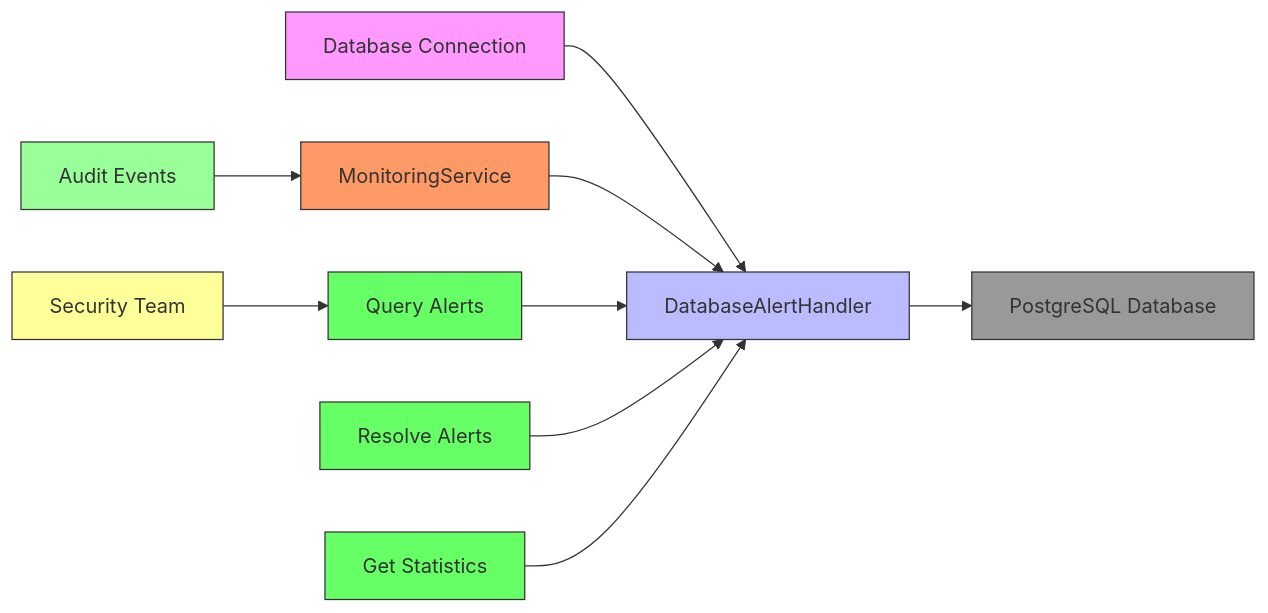
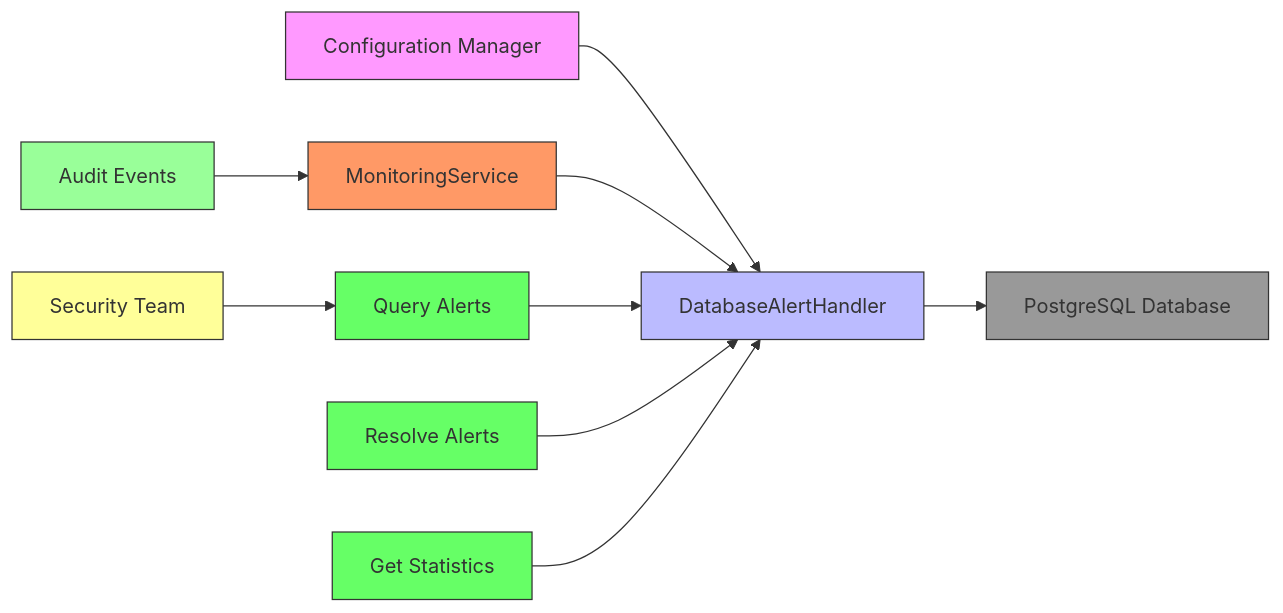
One commit to smedrec/smart-logs changed the fifth of 5 diagrams in .qoder/repowiki/en/content/Audit Core System/Security/Database Security Alerting.md. Above: the diagram before and after it, drawn with Mermaid. The commit also changed other lines of this file and 14 other files, not shown here.

````diff
--- a/.qoder/repowiki/en/content/Audit Core System/Security/Database Security Alerting.md
+++ b/.qoder/repowiki/en/content/Audit Core System/Security/Database Security Alerting.md
@@ -346,20 +357,20 @@
 ```mermaid
 flowchart LR
-A[Database Connection] --> B[DatabaseAlertHandler]
+A[Configuration Manager] --> B[DatabaseAlertHandler]
 C[MonitoringService] --> B
 D[Audit Events] --> C
 B --> E[PostgreSQL Database]
 F[Security Team] --> G[Query Alerts]
 G --> B
 H[Resolve Alerts] --> B
 I[Get Statistics] --> B
 style A fill:#f9f,stroke:#333
 style B fill:#bbf,stroke:#333
 style C fill:#f96,stroke:#333
 style D fill:#9f9,stroke:#333
 style E fill:#999,stroke:#333
 style F fill:#ff9,stroke:#333
 style G fill:#6f6,stroke:#333
 style H fill:#6f6,stroke:#333
 style I fill:#6f6,stroke:#333
 ```
````
